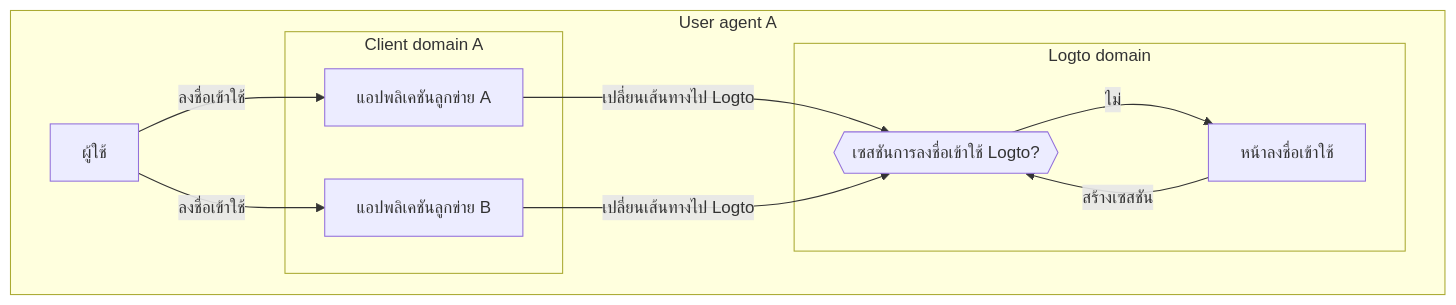
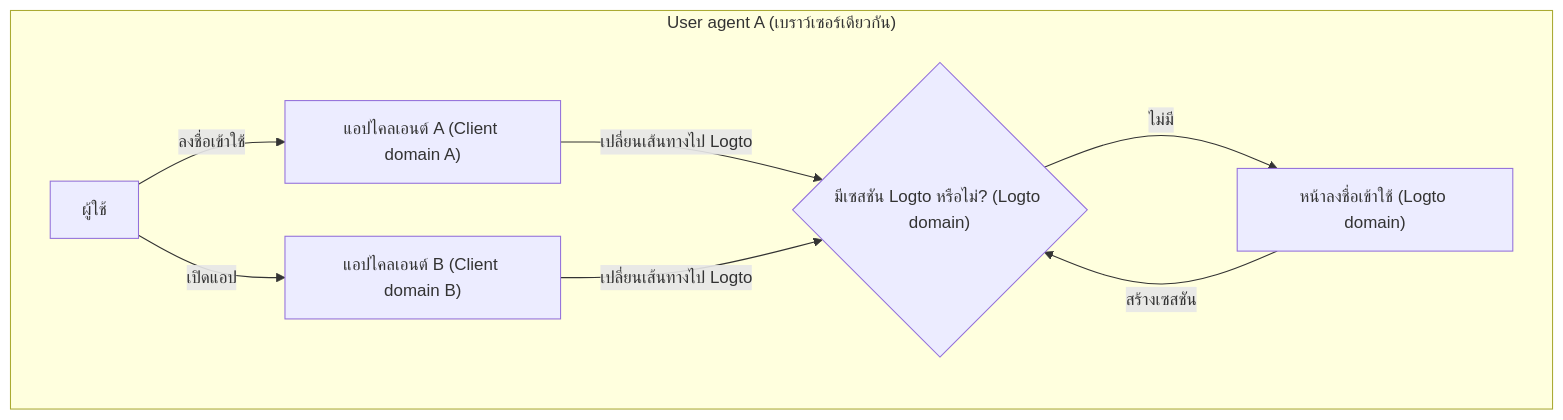
One commit to logto-io/docs changed the third of 5 diagrams in i18n/th/docusaurus-plugin-content-docs/current/end-user-flows/sign-out.mdx. Above: the diagram before and after it, drawn with Mermaid. The commit also changed other lines of this file and 74 other files, not shown here.

````diff
--- a/i18n/th/docusaurus-plugin-content-docs/current/end-user-flows/sign-out.mdx
+++ b/i18n/th/docusaurus-plugin-content-docs/current/end-user-flows/sign-out.mdx
@@ -59,26 +93,23 @@
-   ```mermaid
-    flowchart TD
-    subgraph User [User agent A]
-      U[ผู้ใช้]
+```mermaid
+flowchart TD
+  U[ผู้ใช้]
+  A["แอปไคลเอนต์ A (Client domain A)"]
+  B["แอปไคลเอนต์ B (Client domain B)"]
+  C{"มีเซสชัน Logto หรือไม่? (Logto domain)"}
+  D["หน้าลงชื่อเข้าใช้ (Logto domain)"]
 
-      subgraph Layer1 [Client domain A]
-        A[แอปพลิเคชันลูกข่าย A]
-      end
+  subgraph UA["User agent A (เบราว์เซอร์เดียวกัน)"]
+    U
+    A
+    B
+    C
+    D
+  end
 
-      subgraph Layer1 [Client domain B]
-        B[แอปพลิเคชันลูกข่าย B]
-      end
-
-      subgraph Layer2 [Logto domain]
-          C{{เซสชันการลงชื่อเข้าใช้ Logto?}}
-          D[หน้าลงชื่อเข้าใช้]
-      end
-    end
-
-    U --> |ลงชื่อเข้าใช้| A
-    A --> |เปลี่ยนเส้นทางไป Logto| C
-    U --> |ลงชื่อเข้าใช้| B
-    B --> |เปลี่ยนเส้นทางไป Logto| C
-    C --> |ไม่| D
-    D --> |สร้างเซสชัน| C
-   ```
+  U -->|ลงชื่อเข้าใช้| A
+  A -->|เปลี่ยนเส้นทางไป Logto| C
+  U -->|เปิดแอป| B
+  B -->|เปลี่ยนเส้นทางไป Logto| C
+  C -->|ไม่มี| D
+  D -->|สร้างเซสชัน| C
+```
````
